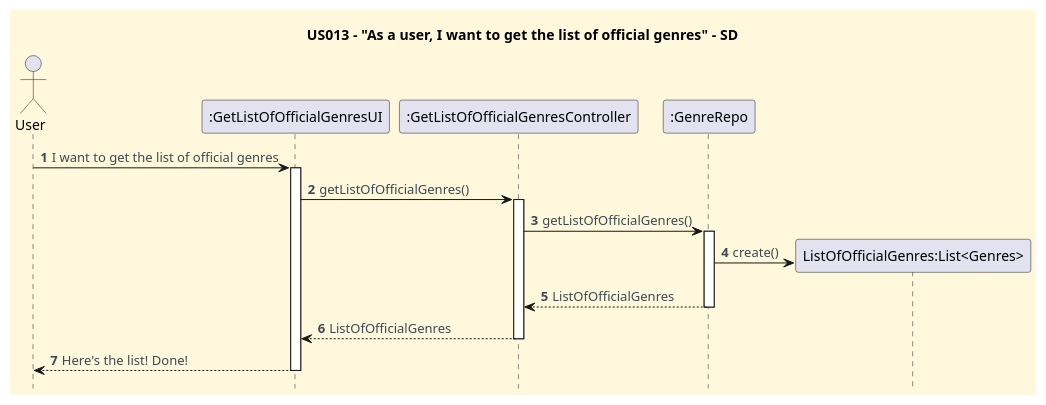
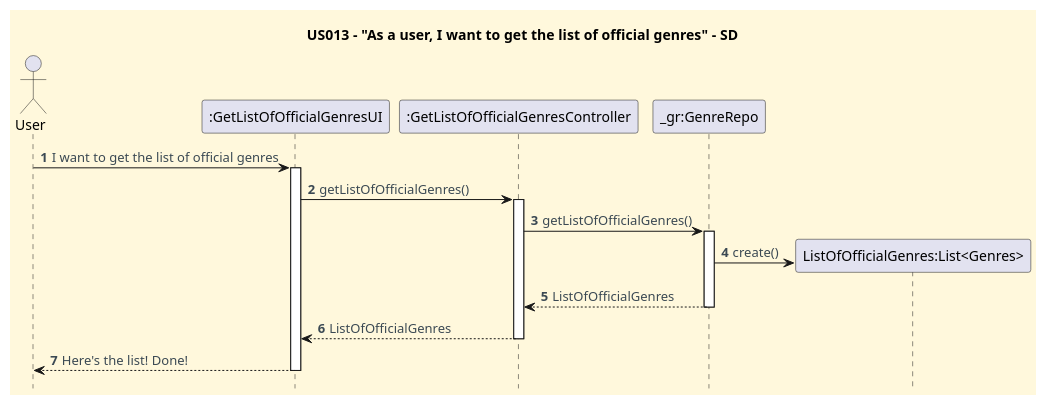
Before and after one commit to CarolinaLeite-collab/JavaMarketplacePlatform: the diagram in docs/userStories/US013/US013_get_list_of_official_genres_SD.puml, drawn with PlantUML. The commit also changed 1 other file, not shown here.

Commit message:
#188 - updated SD and CD diagrams for US013

```diff
--- a/docs/userStories/US013/US013_get_list_of_official_genres_SD.puml
+++ b/docs/userStories/US013/US013_get_list_of_official_genres_SD.puml
@@ -1,47 +1,47 @@
 @startuml
 title US013 - "As a user, I want to get the list of official genres" - SD
 hidefootbox
 
 '==== basic style ====
 skinparam monochrome false
 skinparam shadowing false
 skinparam defaultFontName Futura
 skinparam objectFontSize 20
 skinparam backgroundColor CornSilk
 skinparam objectBackgroundColor WhiteSmoke
 skinparam noteBackgroundColor #FFFFE0
 skinparam ArrowFontColor #3B4953
 skinparam ActivationBackgroundColor black
 
 autonumber
 autoactivate off
 
 ' --- Actor and participants ---
 actor User
 participant ":GetListOfOfficialGenresUI" as UI
 participant ":GetListOfOfficialGenresController" as CTL
-participant ":GenreRepo" as GR
+participant "_gr:GenreRepo" as GR
 
 ' --- UI interaction ---
 User -> UI: I want to get the list of official genres
 activate UI
 
 
 ' --- Use case execution ---
 UI -> CTL: getListOfOfficialGenres()
 activate CTL
 CTL -> GR: getListOfOfficialGenres()
 activate GR
 
 create "ListOfOfficialGenres:List<Genres>" as LO
 GR -> LO: create()
 
 
 GR --> CTL: ListOfOfficialGenres
 deactivate GR
 CTL --> UI: ListOfOfficialGenres
 deactivate CTL
 UI --> User: Here's the list! Done!
 deactivate UI
 
 @enduml
```
